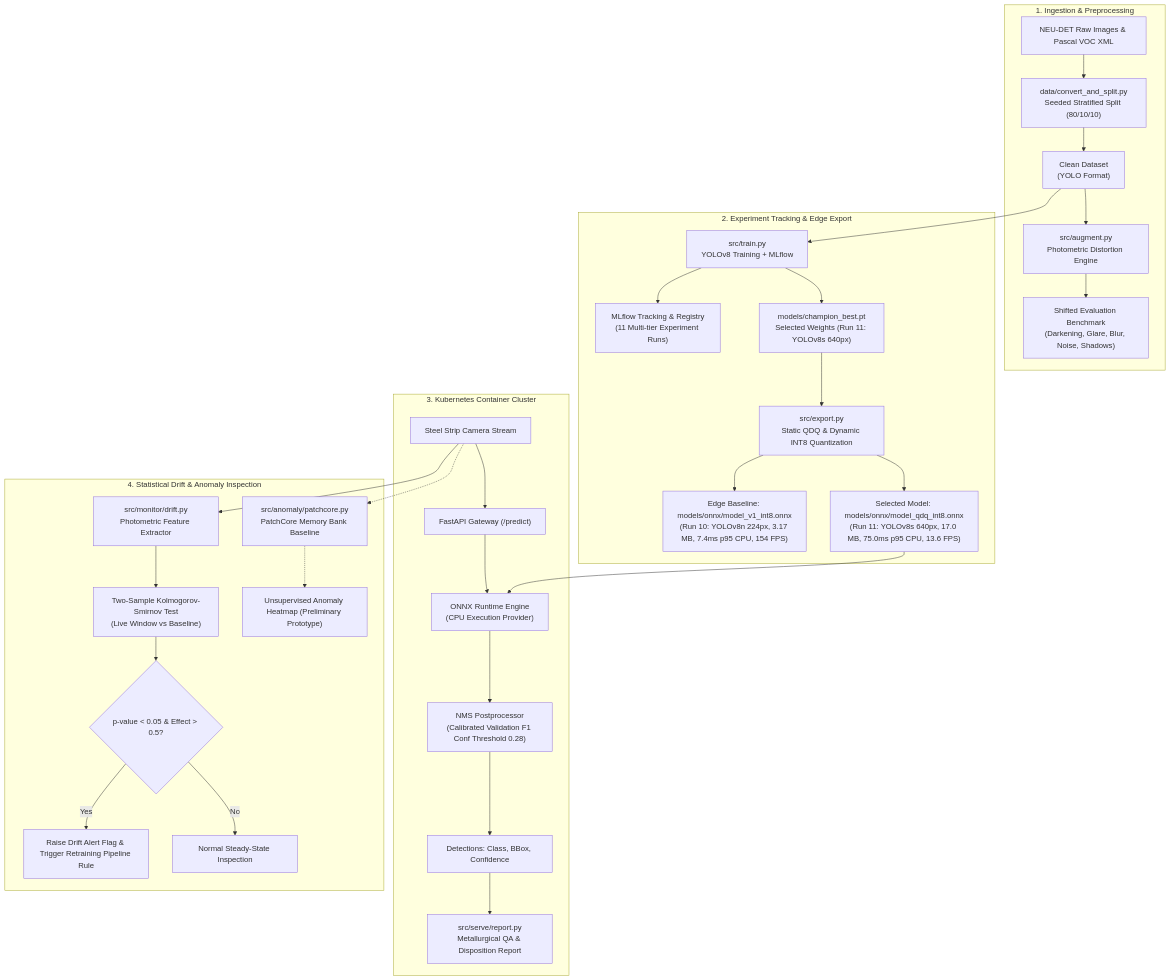
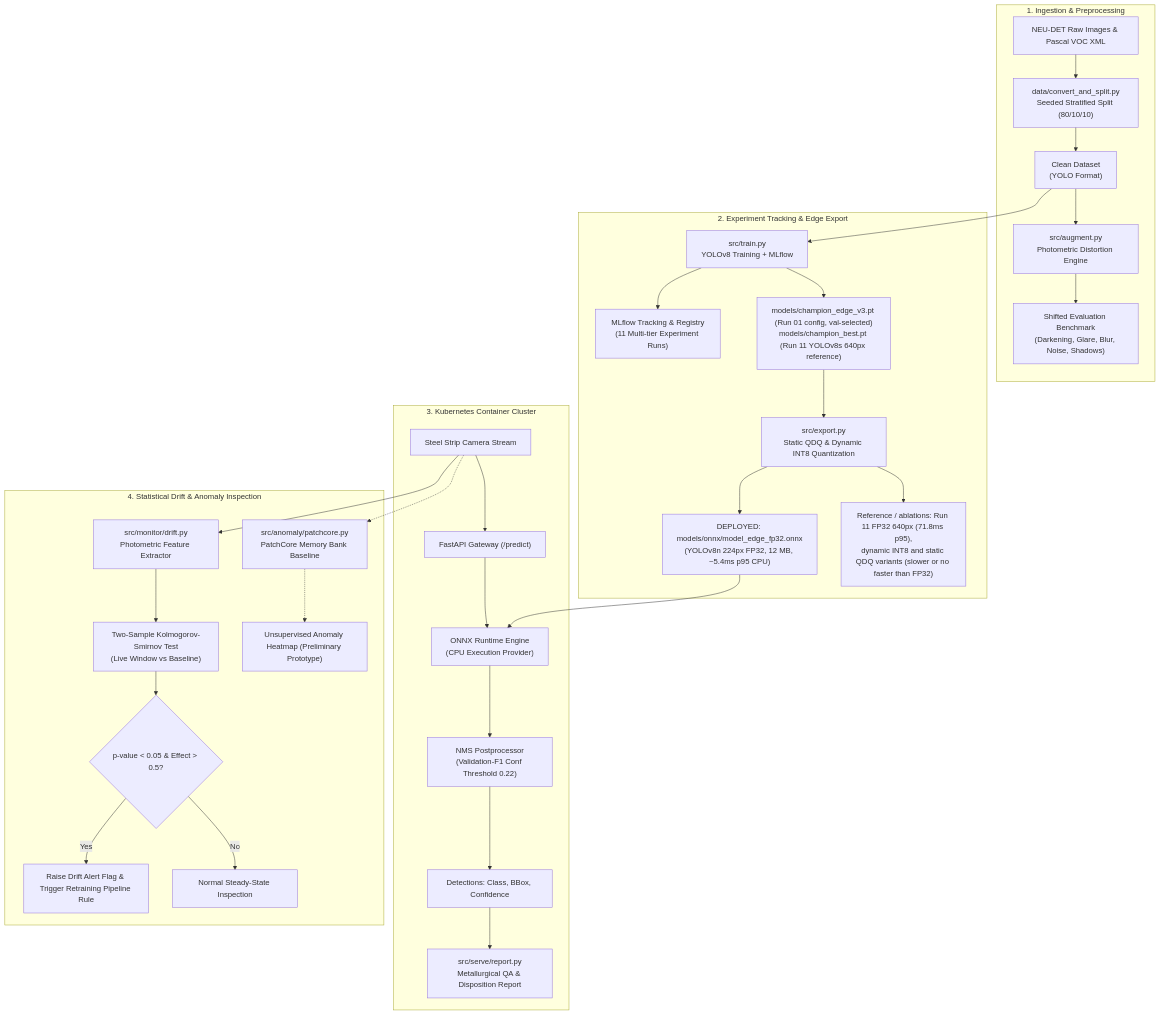
One commit to ParaDhim/neu-det-defect-inspection-service changed the diagram in README.md. Above: the diagram before and after it, drawn with Mermaid. The commit also changed other lines of this file and 41 other files, not shown here.

````diff
--- a/README.md
+++ b/README.md
@@ -42,37 +42,37 @@
 ```mermaid
 flowchart TD
     subgraph Data_Pipeline["1. Ingestion & Preprocessing"]
         A["NEU-DET Raw Images & Pascal VOC XML"] --> B["data/convert_and_split.py\nSeeded Stratified Split (80/10/10)"]
         B --> C["Clean Dataset\n(YOLO Format)"]
         C --> D["src/augment.py\nPhotometric Distortion Engine"]
         D --> E["Shifted Evaluation Benchmark\n(Darkening, Glare, Blur, Noise, Shadows)"]
     end
 
     subgraph Training_Pipeline["2. Experiment Tracking & Edge Export"]
         C --> F["src/train.py\nYOLOv8 Training + MLflow"]
         F --> G["MLflow Tracking & Registry\n(11 Multi-tier Experiment Runs)"]
-        F --> H["models/champion_best.pt\nSelected Weights (Run 11: YOLOv8s 640px)"]
+        F --> H["models/champion_edge_v3.pt (Run 01 config, val-selected)\nmodels/champion_best.pt (Run 11 YOLOv8s 640px reference)"]
         H --> I["src/export.py\nStatic QDQ & Dynamic INT8 Quantization"]
-        I --> J1["Edge Baseline: models/onnx/model_v1_int8.onnx\n(Run 10: YOLOv8n 224px, 3.17 MB, 7.4ms p95 CPU, 154 FPS)"]
-        I --> J2["Selected Model: models/onnx/model_qdq_int8.onnx\n(Run 11: YOLOv8s 640px, 17.0 MB, 75.0ms p95 CPU, 13.6 FPS)"]
+        I --> J1["DEPLOYED: models/onnx/model_edge_fp32.onnx\n(YOLOv8n 224px FP32, 12 MB, ~5.4ms p95 CPU)"]
+        I --> J2["Reference / ablations: Run 11 FP32 640px (71.8ms p95),\ndynamic INT8 and static QDQ variants (slower or no faster than FP32)"]
     end
 
     subgraph Serving_Cluster["3. Kubernetes Container Cluster"]
         K["Steel Strip Camera Stream"] --> L["FastAPI Gateway (/predict)"]
         L --> M["ONNX Runtime Engine\n(CPU Execution Provider)"]
-        J2 --> M
-        M --> N["NMS Postprocessor\n(Calibrated Validation F1 Conf Threshold 0.28)"]
+        J1 --> M
+        M --> N["NMS Postprocessor\n(Validation-F1 Conf Threshold 0.22)"]
         N --> O["Detections: Class, BBox, Confidence"]
         O --> P["src/serve/report.py\nMetallurgical QA & Disposition Report"]
     end
 
     subgraph Monitoring_Engine["4. Statistical Drift & Anomaly Inspection"]
         K --> Q["src/monitor/drift.py\nPhotometric Feature Extractor"]
         Q --> R["Two-Sample Kolmogorov-Smirnov Test\n(Live Window vs Baseline)"]
         R --> S{"p-value < 0.05 & Effect > 0.5?"}
         S -- Yes --> T["Raise Drift Alert Flag & Trigger Retraining Pipeline Rule"]
         S -- No --> U["Normal Steady-State Inspection"]
         K -.-> V["src/anomaly/patchcore.py\nPatchCore Memory Bank Baseline"]
         V -.-> W["Unsupervised Anomaly Heatmap (Preliminary Prototype)"]
     end
 ```
````
